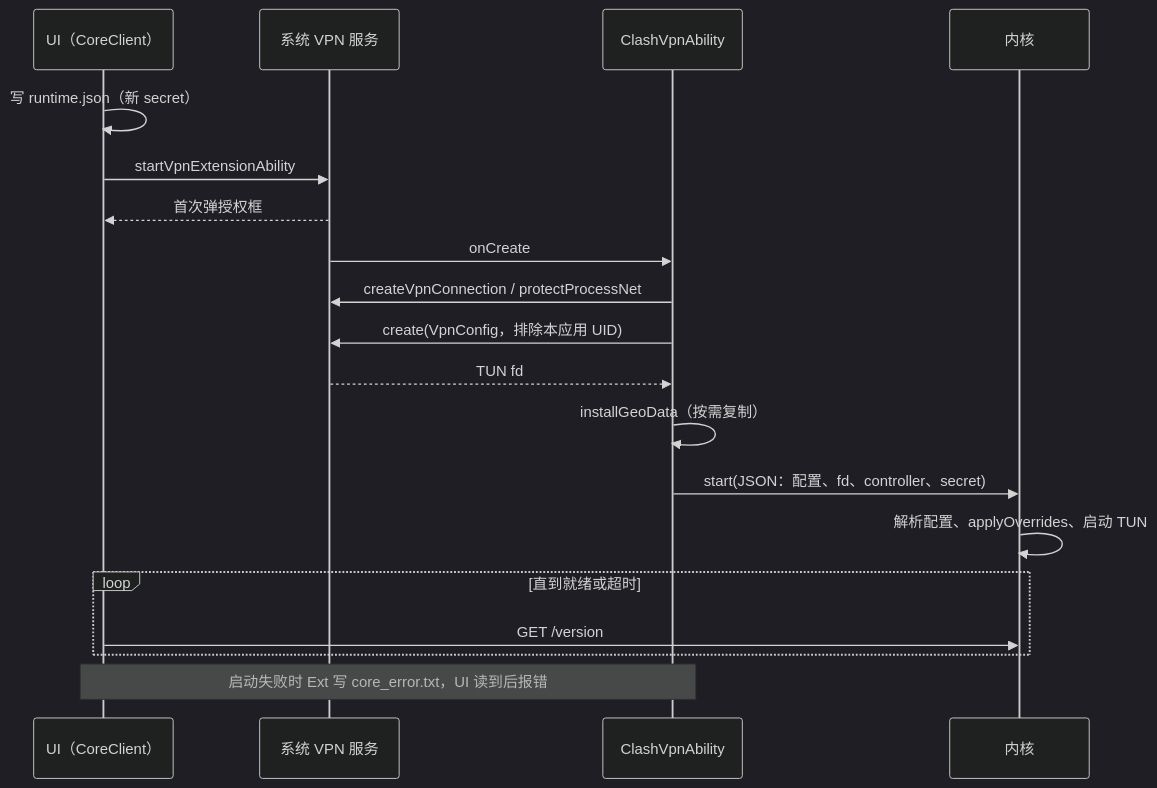
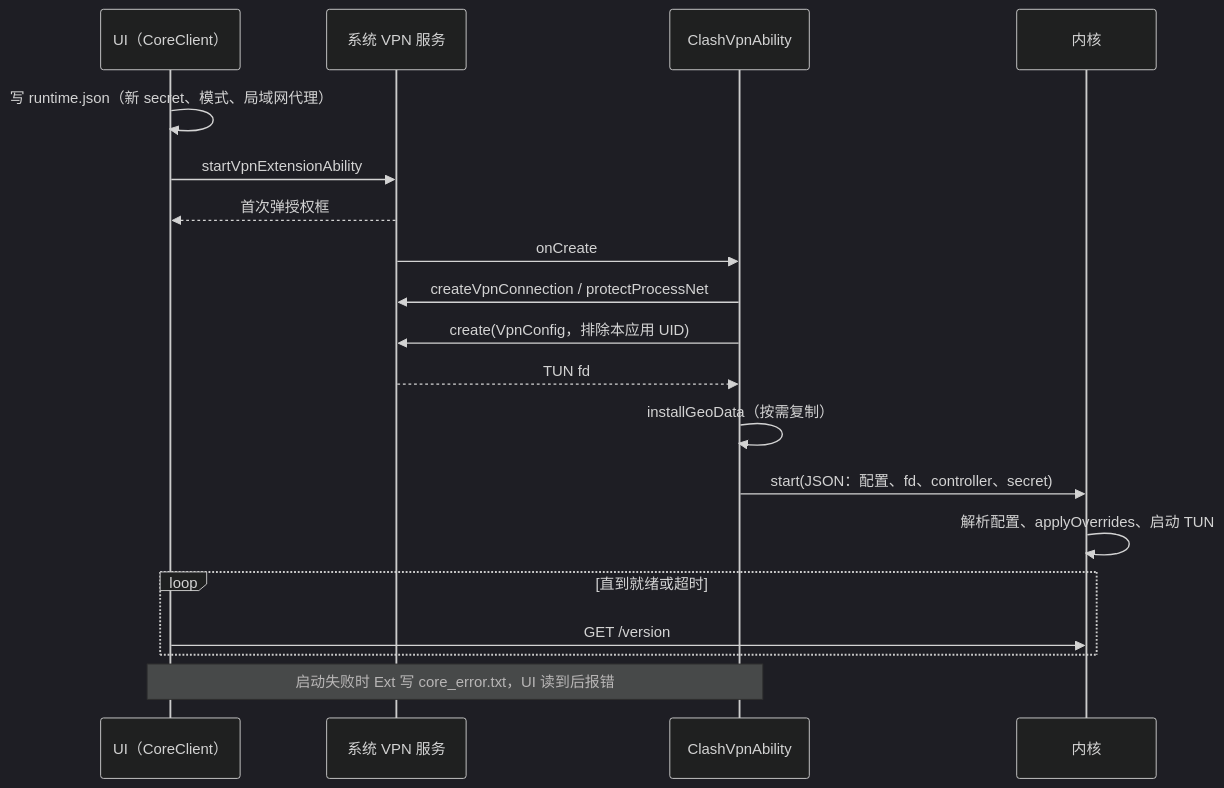
The second of 2 diagrams in docs/architecture.md (VOD-Studio/ArkClash), drawn with Mermaid (dark theme) before and after one commit. The commit also changed other lines of this file and 4 other files, not shown here.

````diff
--- a/docs/architecture.md
+++ b/docs/architecture.md
@@ -34,21 +35,21 @@
 ```mermaid
 sequenceDiagram
   participant UI as UI（CoreClient）
   participant Sys as 系统 VPN 服务
   participant Ext as ClashVpnAbility
   participant Core as 内核
-  UI->>UI: 写 runtime.json（新 secret）
+  UI->>UI: 写 runtime.json（新 secret、模式、局域网代理）
   UI->>Sys: startVpnExtensionAbility
   Sys-->>UI: 首次弹授权框
   Sys->>Ext: onCreate
   Ext->>Sys: createVpnConnection / protectProcessNet
   Ext->>Sys: create(VpnConfig，排除本应用 UID)
   Sys-->>Ext: TUN fd
   Ext->>Ext: installGeoData（按需复制）
   Ext->>Core: start(JSON：配置、fd、controller、secret)
   Core->>Core: 解析配置、applyOverrides、启动 TUN
   loop 直到就绪或超时
     UI->>Core: GET /version
   end
   Note over Ext,UI: 启动失败时 Ext 写 core_error.txt，UI 读到后报错
 ```
````
